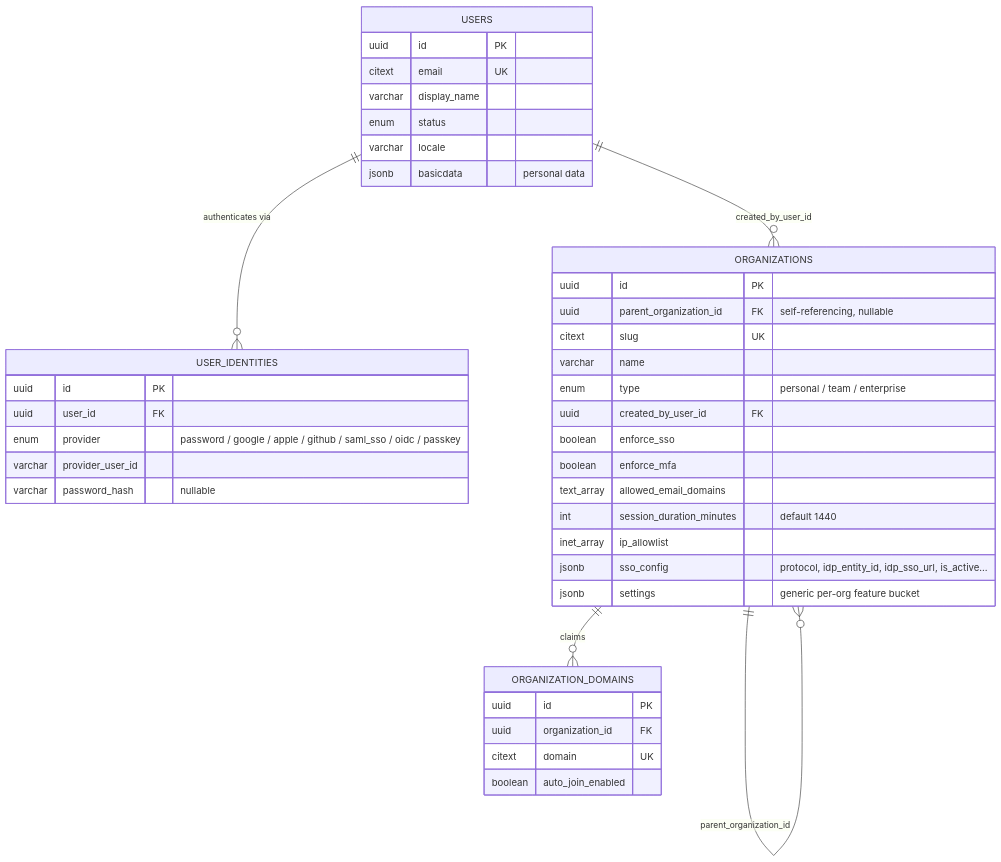
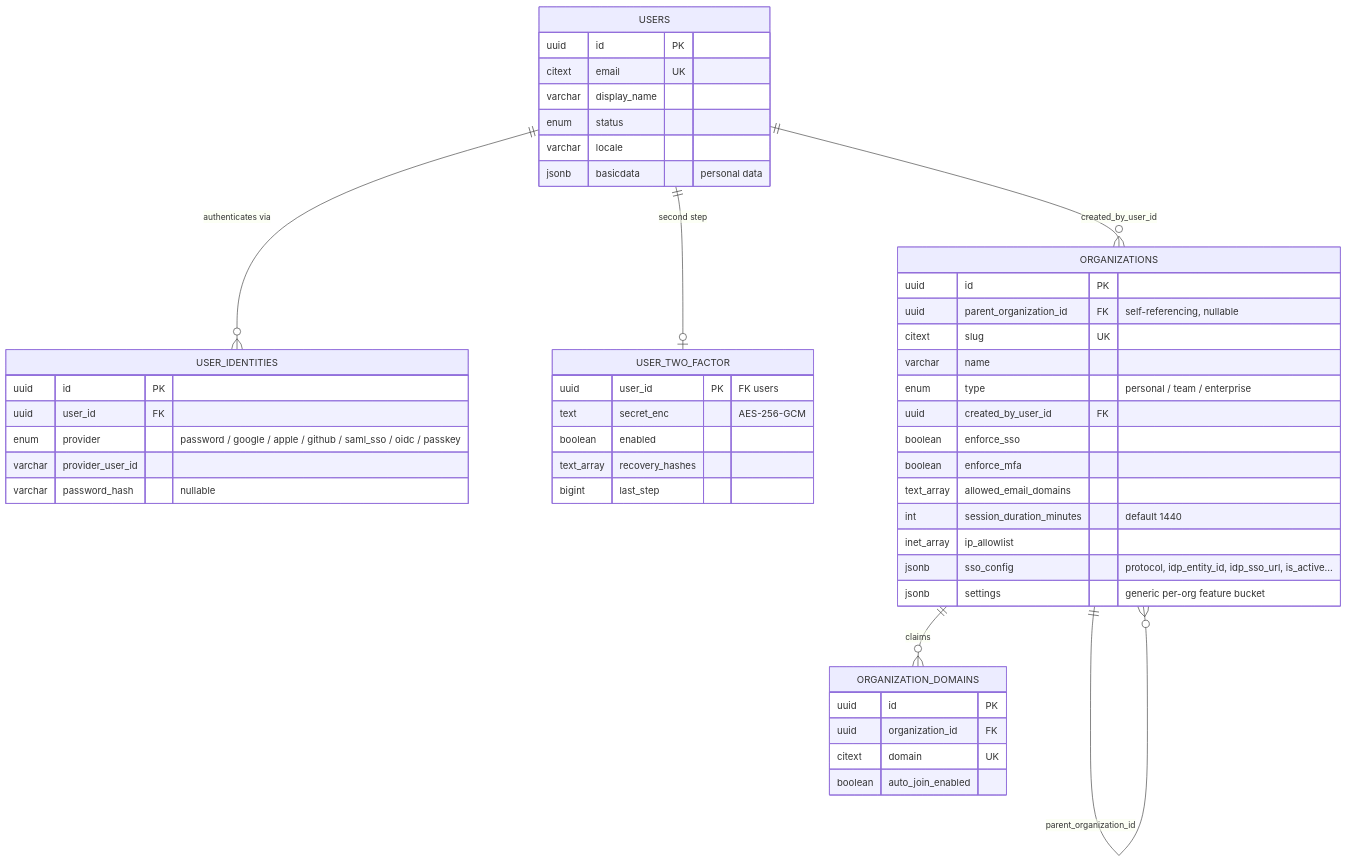
One commit to fporoli/apensum changed the first of 19 diagrams in docs/DATABASE_SCHEMA.md. Above: the diagram before and after it, drawn with Mermaid. The commit also changed other lines of this file and 33 other files, not shown here.

First line of the commit message:
feat: two-step login for everyone, required by an organization's rule

````diff
--- a/docs/DATABASE_SCHEMA.md
+++ b/docs/DATABASE_SCHEMA.md
@@ -25,44 +30,52 @@
 ```mermaid
 erDiagram
     USERS ||--o{ USER_IDENTITIES : "authenticates via"
+    USERS ||--o| USER_TWO_FACTOR : "second step"
     USERS ||--o{ ORGANIZATIONS : "created_by_user_id"
     ORGANIZATIONS ||--o{ ORGANIZATION_DOMAINS : "claims"
     ORGANIZATIONS ||--o{ ORGANIZATIONS : "parent_organization_id"
 
     USERS {
         uuid id PK
         citext email UK
         varchar display_name
         enum status
         varchar locale
         jsonb basicdata "personal data"
     }
     USER_IDENTITIES {
         uuid id PK
         uuid user_id FK
         enum provider "password / google / apple / github / saml_sso / oidc / passkey"
         varchar provider_user_id
         varchar password_hash "nullable"
+    }
+    USER_TWO_FACTOR {
+        uuid user_id PK "FK users"
+        text secret_enc "AES-256-GCM"
+        boolean enabled
+        text_array recovery_hashes
+        bigint last_step
     }
     ORGANIZATIONS {
         uuid id PK
         uuid parent_organization_id FK "self-referencing, nullable"
         citext slug UK
         varchar name
         enum type "personal / team / enterprise"
         uuid created_by_user_id FK
         boolean enforce_sso
         boolean enforce_mfa
         text_array allowed_email_domains
         int session_duration_minutes "default 1440"
         inet_array ip_allowlist
         jsonb sso_config "protocol, idp_entity_id, idp_sso_url, is_active…"
         jsonb settings "generic per-org feature bucket"
     }
     ORGANIZATION_DOMAINS {
         uuid id PK
         uuid organization_id FK
         citext domain UK
         boolean auto_join_enabled
     }
 ```
````
